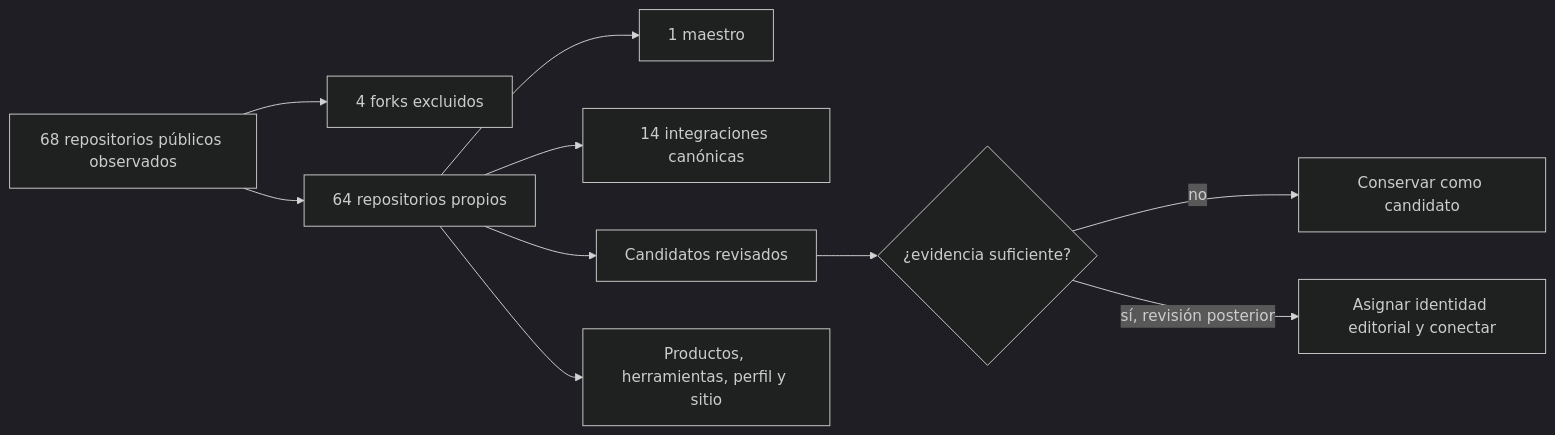
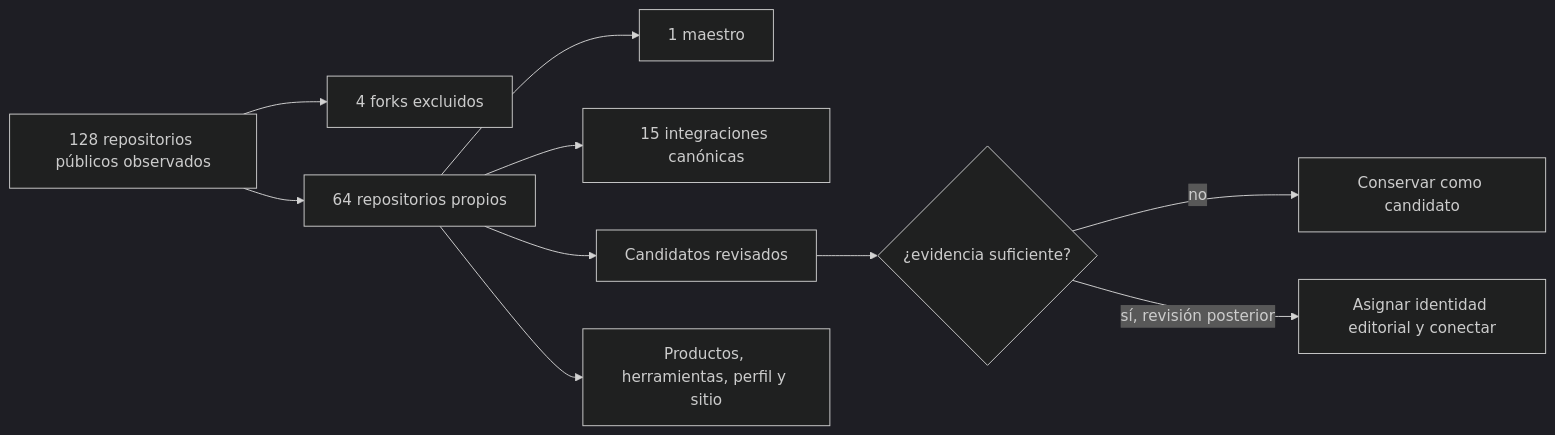
One commit to vladimiracunadev-create/lifelong-learning-ecosystem changed the second of 2 diagrams in docs/CURRENT_ARCHITECTURE.md. Above: the diagram before and after it, drawn with Mermaid (dark theme). The commit also changed other lines of this file and 47 other files, not shown here.

````diff
--- a/docs/CURRENT_ARCHITECTURE.md
+++ b/docs/CURRENT_ARCHITECTURE.md
@@ -69,12 +69,12 @@
 ```mermaid
 flowchart LR
-    A[68 repositorios públicos observados] --> B[4 forks excluidos]
+    A[128 repositorios públicos observados] --> B[4 forks excluidos]
     A --> C[64 repositorios propios]
     C --> D[1 maestro]
-    C --> E[14 integraciones canónicas]
+    C --> E[15 integraciones canónicas]
     C --> F[Candidatos revisados]
     C --> G[Productos, herramientas, perfil y sitio]
     F --> H{¿evidencia suficiente?}
     H -->|no| I[Conservar como candidato]
     H -->|sí, revisión posterior| J[Asignar identidad editorial y conectar]
 ```
````
